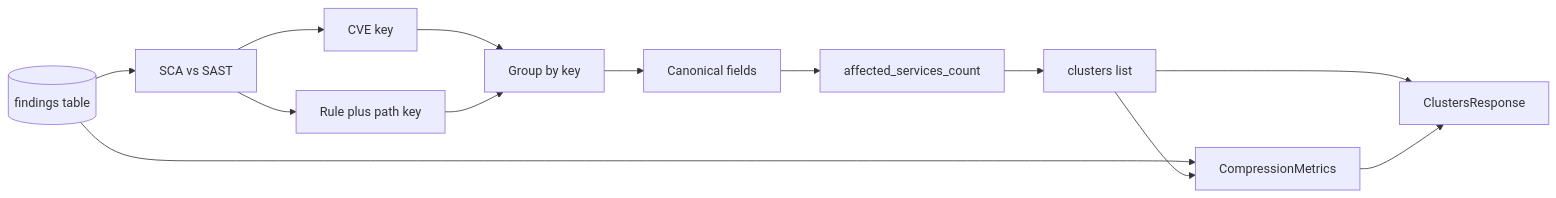
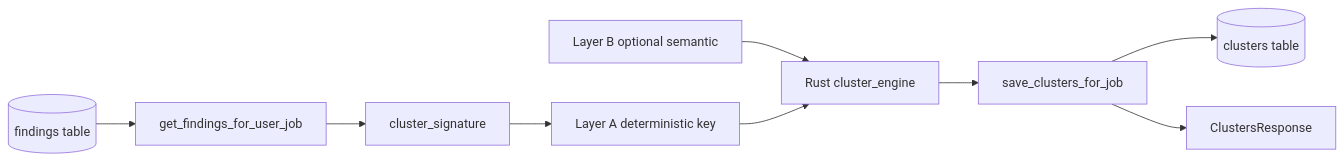
One commit to protektiq/helion changed the fourth of 8 diagrams in data_flow_diagram.md. Above: the diagram before and after it, drawn with Mermaid. The commit also changed other lines of this file and 13 other files, not shown here.

Commit message:
Make clustering actually deliver the PRD promise: fuzzy + semantic clustering (Rust) + optional vector similarity (Qdrant)

````diff
--- a/data_flow_diagram.md
+++ b/data_flow_diagram.md
@@ -78,25 +78,20 @@
 ```mermaid
 flowchart LR
   DB[(findings table)]
-  Classify[SCA vs SAST]
-  KeySCA[CVE key]
-  KeySAST[Rule plus path key]
-  Group[Group by key]
-  Canon[Canonical fields]
-  Count[affected_services_count]
-  Clusters[clusters list]
-  Metrics[CompressionMetrics]
+  Load[get_findings_for_user_job]
+  Sig[cluster_signature]
+  LayerA[Layer A deterministic key]
+  LayerB[Layer B optional semantic]
+  Rust[Rust cluster_engine]
+  Persist[save_clusters_for_job]
+  ClustersTable[(clusters table)]
   Response[ClustersResponse]
-  DB --> Classify
-  Classify --> KeySCA
-  Classify --> KeySAST
-  KeySCA --> Group
-  KeySAST --> Group
-  Group --> Canon
-  Canon --> Count
-  Count --> Clusters
-  DB --> Metrics
-  Clusters --> Metrics
-  Clusters --> Response
-  Metrics --> Response
+  DB --> Load
+  Load --> Sig
+  Sig --> LayerA
+  LayerB --> Rust
+  LayerA --> Rust
+  Rust --> Persist
+  Persist --> ClustersTable
+  Persist --> Response
 ```
````
